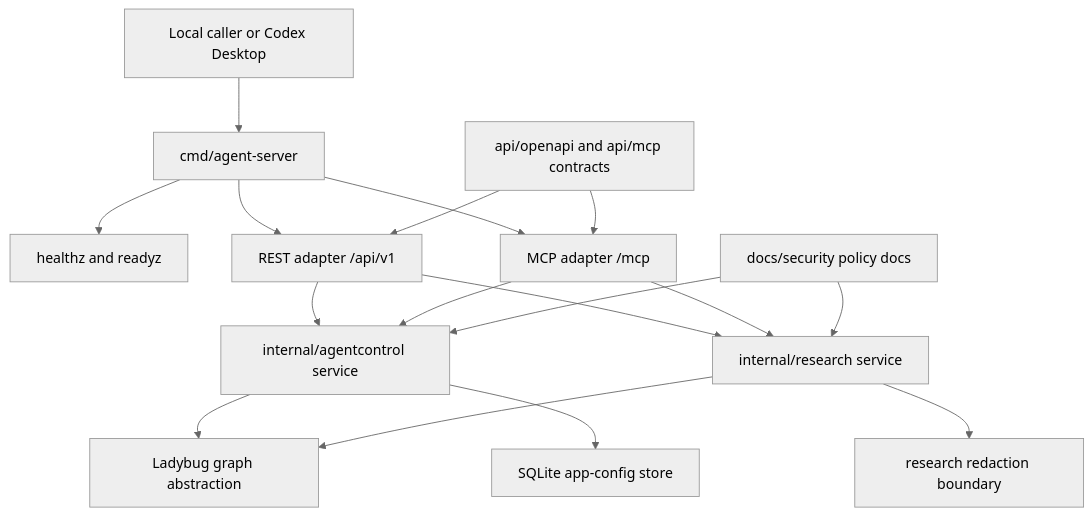
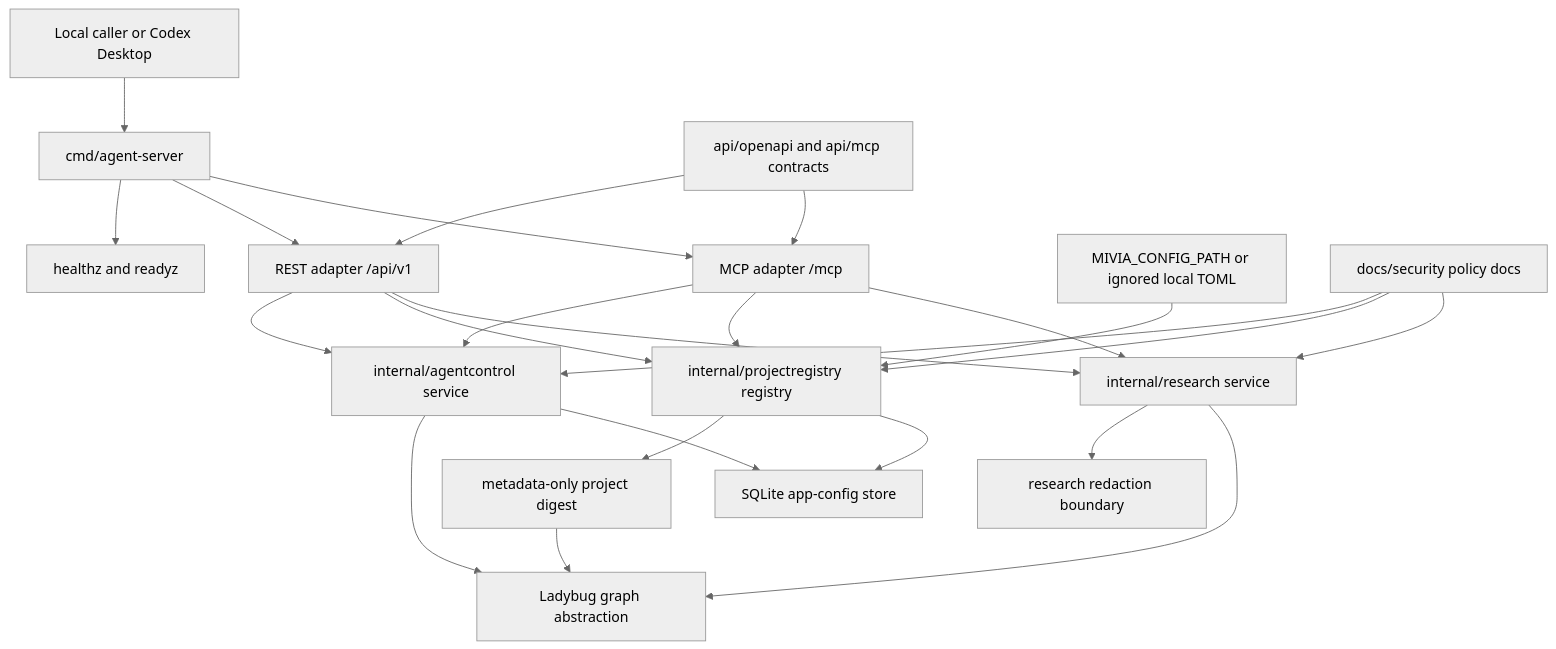
The first of 4 diagrams in docs/architecture/system-architecture.md (MiviaLabs/go-mivia), drawn with Mermaid (neutral theme) before and after one commit. The commit also changed other lines of this file and 5 other files, not shown here.

Commit message:
docs: document local project metadata workflow

````diff
--- a/docs/architecture/system-architecture.md
+++ b/docs/architecture/system-architecture.md
@@ -24,32 +25,42 @@
 ```mermaid
 flowchart TB
   LocalClient["Local caller or Codex Desktop"]
   Server["cmd/agent-server"]
   Health["healthz and readyz"]
   REST["REST adapter /api/v1"]
   MCP["MCP adapter /mcp"]
   AgentService["internal/agentcontrol service"]
+  ProjectRegistry["internal/projectregistry registry"]
+  ProjectDigest["metadata-only project digest"]
   ResearchService["internal/research service"]
   Redaction["research redaction boundary"]
   Ladybug["Ladybug graph abstraction"]
   SQLite["SQLite app-config store"]
+  ConfigFile["MIVIA_CONFIG_PATH or ignored local TOML"]
   Contracts["api/openapi and api/mcp contracts"]
   SecurityDocs["docs/security policy docs"]
 
   LocalClient --> Server
   Server --> Health
   Server --> REST
   Server --> MCP
   REST --> AgentService
   MCP --> AgentService
+  REST --> ProjectRegistry
+  MCP --> ProjectRegistry
+  ProjectRegistry --> ProjectDigest
+  ProjectDigest --> Ladybug
+  ConfigFile --> ProjectRegistry
   REST --> ResearchService
   MCP --> ResearchService
   ResearchService --> Redaction
   AgentService --> Ladybug
   ResearchService --> Ladybug
   AgentService --> SQLite
+  ProjectRegistry --> SQLite
   Contracts --> REST
   Contracts --> MCP
   SecurityDocs --> AgentService
+  SecurityDocs --> ProjectRegistry
   SecurityDocs --> ResearchService
 ```
````
